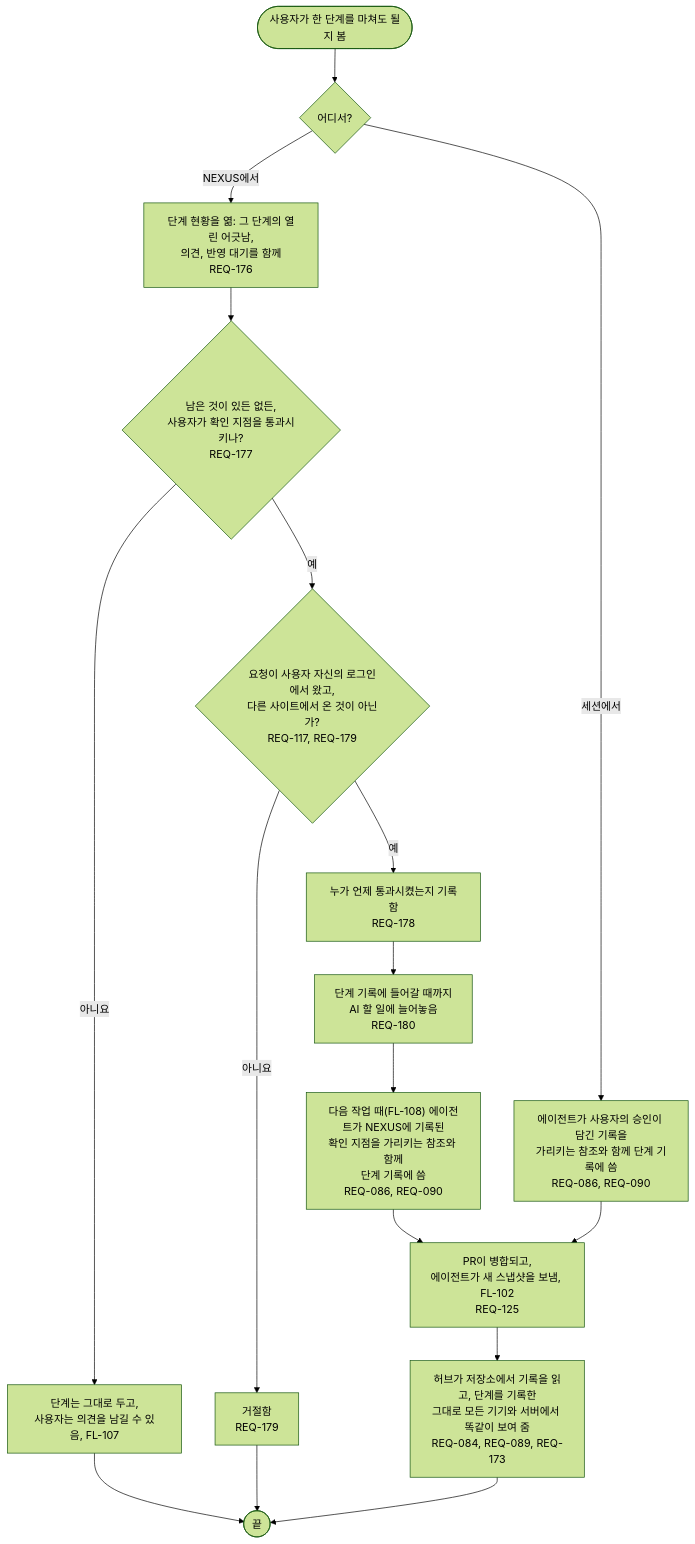
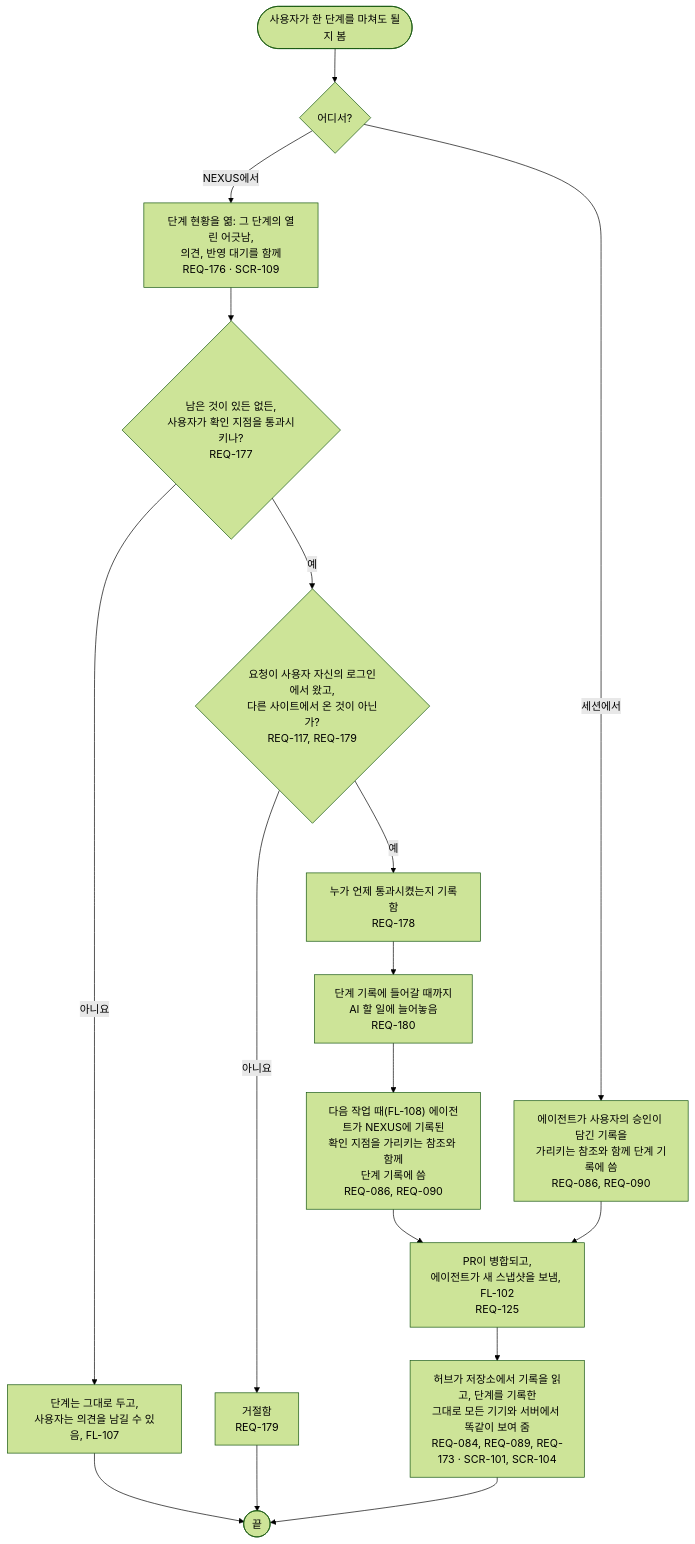
One commit to kodonghui/corthex-nexus changed the diagram in docs/03-user-flow/nexus/FL-113-pass-a-checkpoint.ko.md. Above: the diagram before and after it, drawn with Mermaid (forest theme). The commit also changed 19 other files, not shown here.

````diff
--- a/docs/03-user-flow/nexus/FL-113-pass-a-checkpoint.ko.md
+++ b/docs/03-user-flow/nexus/FL-113-pass-a-checkpoint.ko.md
@@ -9,19 +9,19 @@
 ```mermaid
 flowchart TD
   A(["사용자가 한 단계를 마쳐도 될지 봄"]) --> B{"어디서?"}
-  B -->|NEXUS에서| C["단계 현황을 엶: 그 단계의 열린 어긋남,<br/>의견, 반영 대기를 함께<br/>REQ-176"]
+  B -->|NEXUS에서| C["단계 현황을 엶: 그 단계의 열린 어긋남,<br/>의견, 반영 대기를 함께<br/>REQ-176 · SCR-109"]
   C --> D{"남은 것이 있든 없든,<br/>사용자가 확인 지점을 통과시키나?<br/>REQ-177"}
   D -->|아니요| D1["단계는 그대로 두고,<br/>사용자는 의견을 남길 수 있음, FL-107"]
   D1 --> Z(["끝"])
   D -->|예| E{"요청이 사용자 자신의 로그인에서 왔고,<br/>다른 사이트에서 온 것이 아닌가?<br/>REQ-117, REQ-179"}
   E -->|아니요| E1["거절함<br/>REQ-179"]
   E1 --> Z
   E -->|예| F["누가 언제 통과시켰는지 기록함<br/>REQ-178"]
   F --> G["단계 기록에 들어갈 때까지<br/>AI 할 일에 늘어놓음<br/>REQ-180"]
   G --> H["다음 작업 때(FL-108) 에이전트가 NEXUS에 기록된<br/>확인 지점을 가리키는 참조와 함께<br/>단계 기록에 씀<br/>REQ-086, REQ-090"]
   B -->|세션에서| I["에이전트가 사용자의 승인이 담긴 기록을<br/>가리키는 참조와 함께 단계 기록에 씀<br/>REQ-086, REQ-090"]
   H --> J["PR이 병합되고,<br/>에이전트가 새 스냅샷을 보냄, FL-102<br/>REQ-125"]
   I --> J
-  J --> K["허브가 저장소에서 기록을 읽고, 단계를 기록한<br/>그대로 모든 기기와 서버에서 똑같이 보여 줌<br/>REQ-084, REQ-089, REQ-173"]
+  J --> K["허브가 저장소에서 기록을 읽고, 단계를 기록한<br/>그대로 모든 기기와 서버에서 똑같이 보여 줌<br/>REQ-084, REQ-089, REQ-173 · SCR-101, SCR-104"]
   K --> Z
 ```
````
